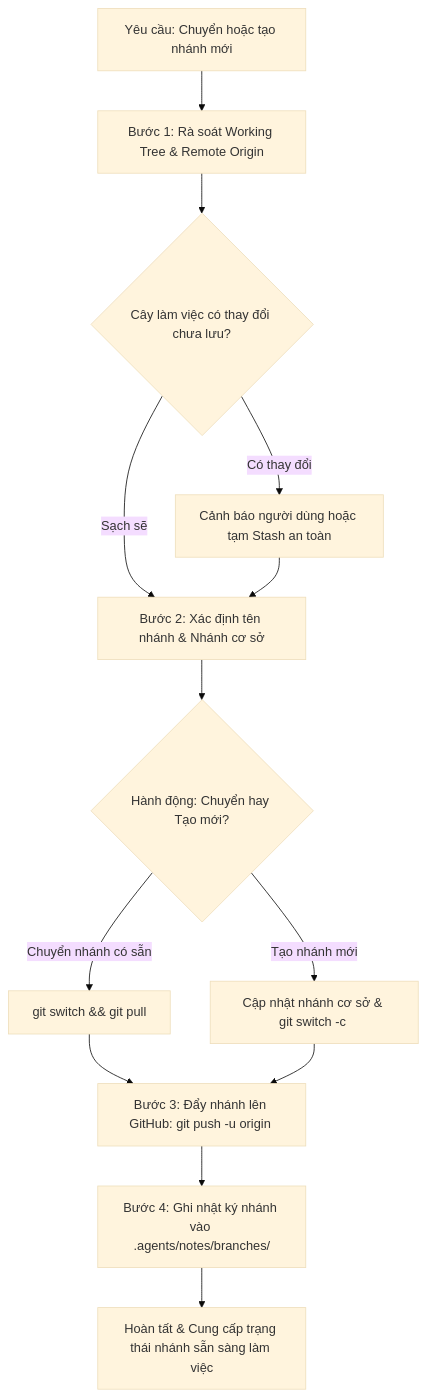
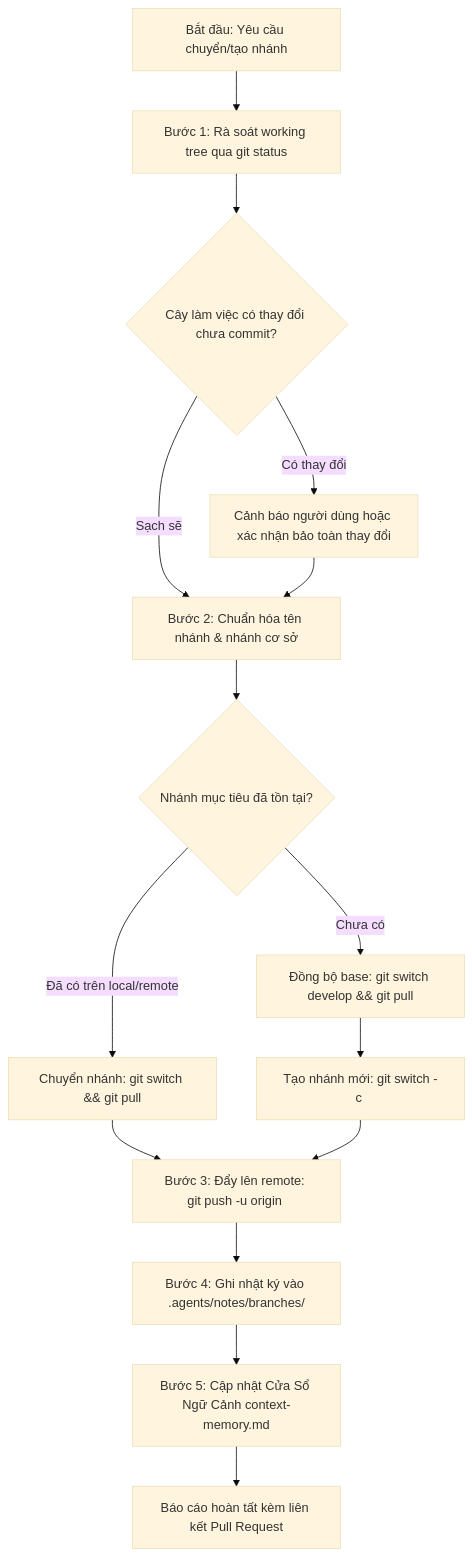
The diagram in .agents/skills/git-branch-push/SKILL.md (ThienleDuc/GDMAS), drawn with Mermaid (base theme) before and after one commit. The commit also changed other lines of this file and 41 other files, not shown here.

````diff
--- a/.agents/skills/git-branch-push/SKILL.md
+++ b/.agents/skills/git-branch-push/SKILL.md
@@ -23,14 +24,16 @@
 ```mermaid
 flowchart TD
-    A[Yêu cầu: Chuyển hoặc tạo nhánh mới] --> B[Bước 1: Rà soát Working Tree & Remote Origin]
-    B --> C{Cây làm việc có thay đổi chưa lưu?}
-    C -- Có thay đổi --> D[Cảnh báo người dùng hoặc tạm Stash an toàn]
-    C -- Sạch sẽ --> E[Bước 2: Xác định tên nhánh & Nhánh cơ sở]
+    A[Bắt đầu: Yêu cầu chuyển/tạo nhánh] --> B[Bước 1: Rà soát working tree qua git status]
+    B --> C{Cây làm việc có thay đổi chưa commit?}
+    C -- Có thay đổi --> D[Cảnh báo người dùng hoặc xác nhận bảo toàn thay đổi]
+    C -- Sạch sẽ --> E[Bước 2: Chuẩn hóa tên nhánh & nhánh cơ sở]
     D --> E
-    E --> F{Hành động: Chuyển hay Tạo mới?}
-    F -- Chuyển nhánh có sẵn --> G[git switch <branch> && git pull]
-    F -- Tạo nhánh mới --> H[Cập nhật nhánh cơ sở & git switch -c <branch>]
-    G & H --> I[Bước 3: Đẩy nhánh lên GitHub: git push -u origin <branch>]
-    I --> J[Bước 4: Ghi nhật ký nhánh vào .agents/notes/branches/]
-    J --> K[Hoàn tất & Cung cấp trạng thái nhánh sẵn sàng làm việc]
+    E --> F{Nhánh mục tiêu đã tồn tại?}
+    F -- Đã có trên local/remote --> G[Chuyển nhánh: git switch && git pull]
+    F -- Chưa có --> H[Đồng bộ base: git switch develop && git pull]
+    H --> I[Tạo nhánh mới: git switch -c <branch>]
+    G & I --> J[Bước 3: Đẩy lên remote: git push -u origin <branch>]
+    J --> K[Bước 4: Ghi nhật ký vào .agents/notes/branches/]
+    K --> L[Bước 5: Cập nhật Cửa Sổ Ngữ Cảnh context-memory.md]
+    L --> M[Báo cáo hoàn tất kèm liên kết Pull Request]
 ```
````
